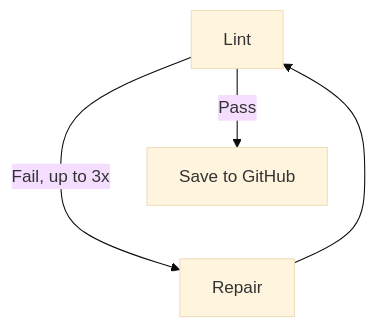
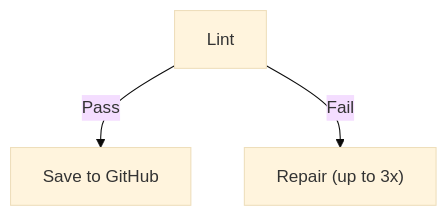
One commit to kevinsundstrom/vercel-case-study changed the second of 2 diagrams in README.md. Above: the diagram before and after it, drawn with Mermaid (base theme).

Commit message:
fix: drop back-edge, fold retry count into Repair label for clean layout

````diff
--- a/README.md
+++ b/README.md
@@ -37,7 +37,5 @@
 ```mermaid
 flowchart TD
     F[Lint] -->|Pass| G[Save to GitHub]
-    F -->|Fail, up to 3x| H[Repair]
-    H --> F
-    G ~~~ H
+    F -->|Fail| H["Repair (up to 3x)"]
 ```
````
